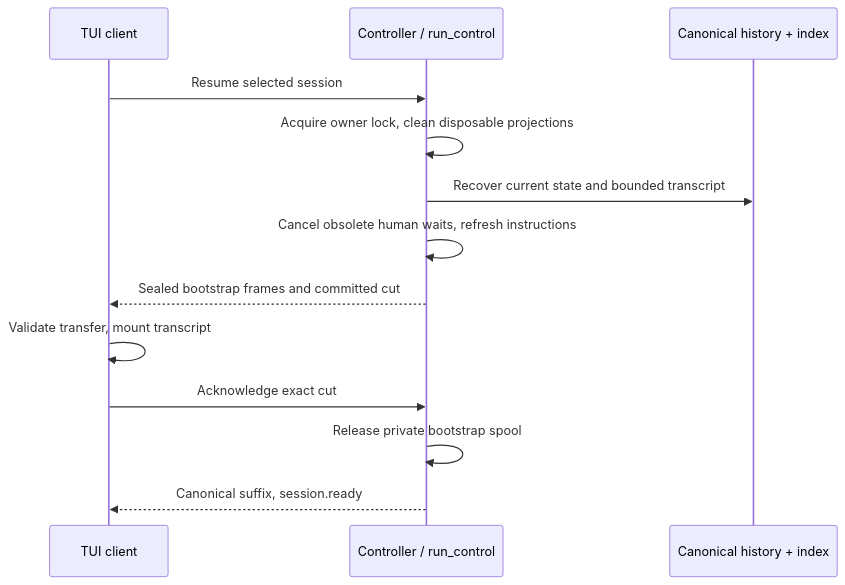
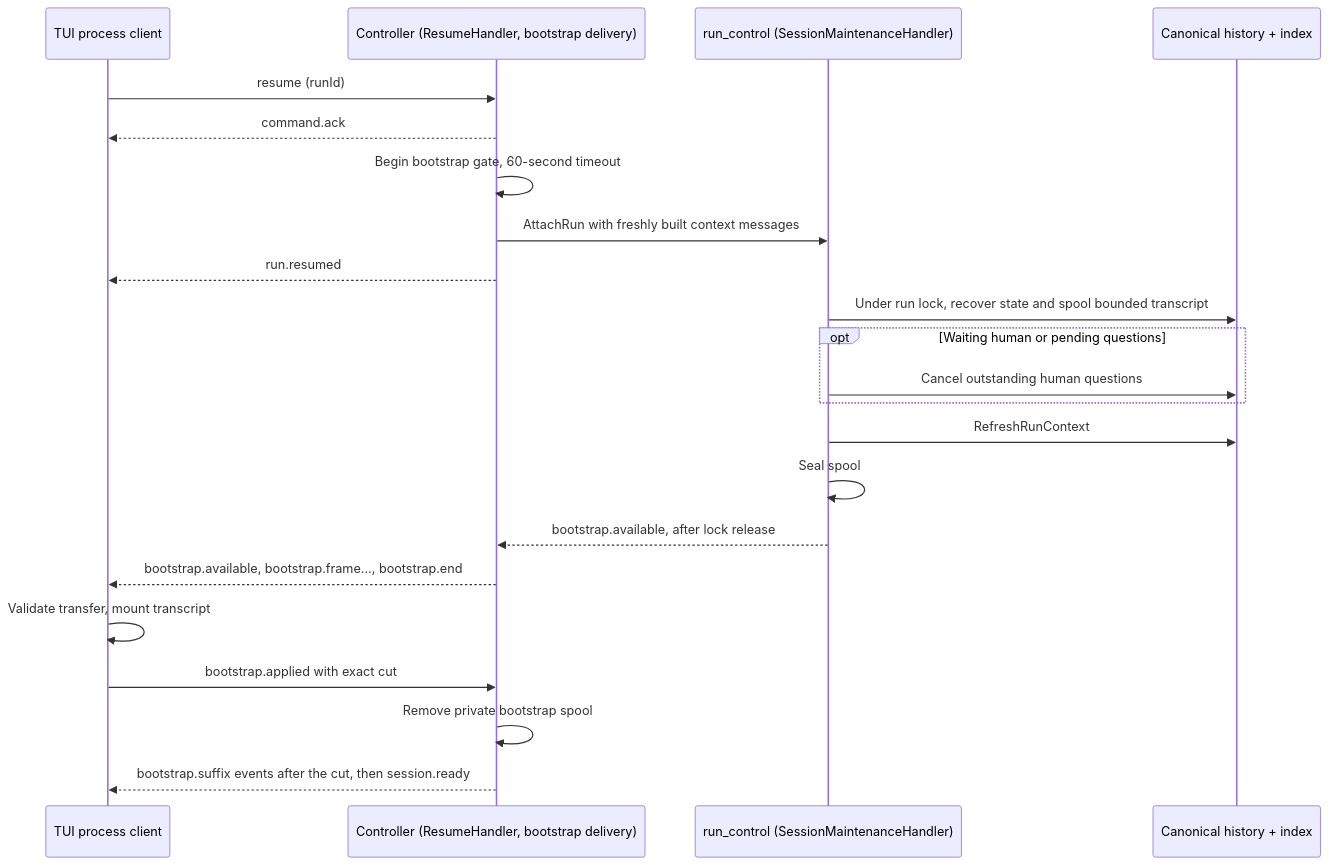
The third of 3 diagrams in architecture/state-and-recovery.md (ineersa/agent-core), drawn with Mermaid before and after one commit. The commit also changed other lines of this file and 86 other files, not shown here.

First line of the commit message:
Fix documentation drift and expand architecture diagrams

````diff
--- a/architecture/state-and-recovery.md
+++ b/architecture/state-and-recovery.md
@@ -58,15 +102,24 @@
 ```mermaid
 sequenceDiagram
-    participant UI as TUI client
-    participant Owner as Controller / run_control
+    participant UI as TUI process client
+    participant Ctl as Controller (ResumeHandler, bootstrap delivery)
+    participant RC as run_control (SessionMaintenanceHandler)
     participant Log as Canonical history + index
-    UI->>Owner: Resume selected session
-    Owner->>Owner: Acquire owner lock, clean disposable projections
-    Owner->>Log: Recover current state and bounded transcript
-    Owner->>Owner: Cancel obsolete human waits, refresh instructions
-    Owner-->>UI: Sealed bootstrap frames and committed cut
+    UI->>Ctl: resume (runId)
+    Ctl-->>UI: command.ack
+    Ctl->>Ctl: Begin bootstrap gate, 60-second timeout
+    Ctl->>RC: AttachRun with freshly built context messages
+    Ctl-->>UI: run.resumed
+    RC->>Log: Under run lock, recover state and spool bounded transcript
+    opt Waiting human or pending questions
+        RC->>Log: Cancel outstanding human questions
+    end
+    RC->>Log: RefreshRunContext
+    RC->>RC: Seal spool
+    RC-->>Ctl: bootstrap.available, after lock release
+    Ctl-->>UI: bootstrap.available, bootstrap.frame..., bootstrap.end
     UI->>UI: Validate transfer, mount transcript
-    UI->>Owner: Acknowledge exact cut
-    Owner->>Owner: Release private bootstrap spool
-    Owner-->>UI: Canonical suffix, session.ready
+    UI->>Ctl: bootstrap.applied with exact cut
+    Ctl->>Ctl: Remove private bootstrap spool
+    Ctl-->>UI: bootstrap.suffix events after the cut, then session.ready
 ```
````
